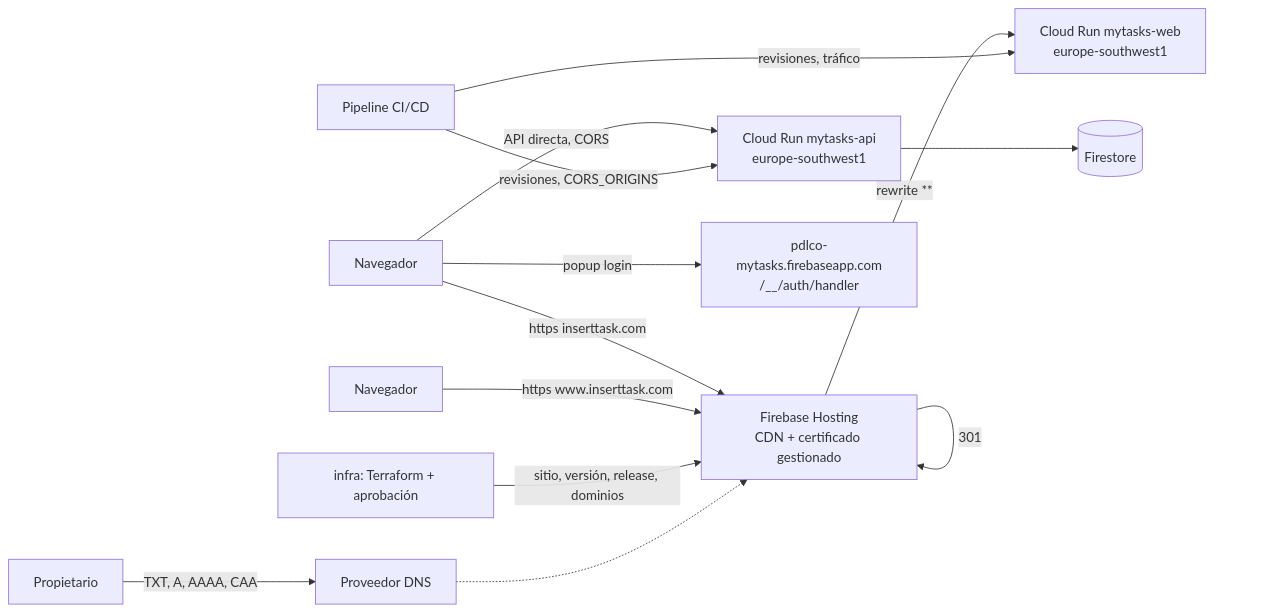
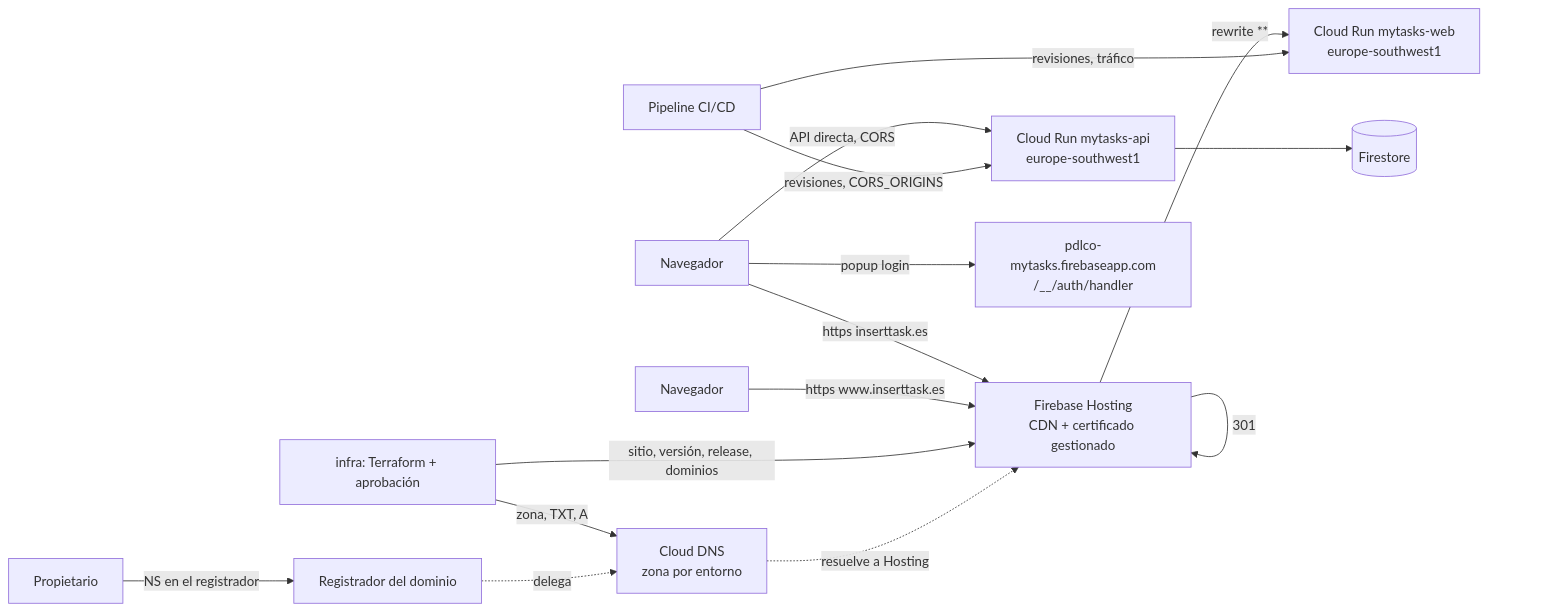
The diagram in specs/005-custom-domain/plan.md (pcodlcruz/my-tasks), drawn with Mermaid before and after one commit. The commit also changed other lines of this file and 9 other files, not shown here.

First line of the commit message:
docs(spec): move feature 005 to inserttask.es with Cloud DNS

````diff
--- a/specs/005-custom-domain/plan.md
+++ b/specs/005-custom-domain/plan.md
@@ -33,15 +37,17 @@
 ```mermaid
 flowchart LR
-    U[Navegador] -->|https inserttask.com| H[Firebase Hosting<br/>CDN + certificado gestionado]
-    U2[Navegador] -->|https www.inserttask.com| H
+    U[Navegador] -->|https inserttask.es| H[Firebase Hosting<br/>CDN + certificado gestionado]
+    U2[Navegador] -->|https www.inserttask.es| H
     H -->|301| H
     H -->|rewrite ** | W[Cloud Run mytasks-web<br/>europe-southwest1]
     U -->|API directa, CORS| A[Cloud Run mytasks-api<br/>europe-southwest1]
     U -->|popup login| F[pdlco-mytasks.firebaseapp.com<br/>/__/auth/handler]
     A --> D[(Firestore)]
     P[Pipeline CI/CD] -->|revisiones, tráfico| W
     P -->|revisiones, CORS_ORIGINS| A
     T[infra: Terraform + aprobación] -->|sitio, versión, release, dominios| H
-    O[Propietario] -->|TXT, A, AAAA, CAA| DNS[Proveedor DNS]
-    DNS -.-> H
+    T -->|zona, TXT, A| Z[Cloud DNS<br/>zona por entorno]
+    O[Propietario] -->|NS en el registrador| R[Registrador del dominio]
+    R -.->|delega| Z
+    Z -.->|resuelve a Hosting| H
 ```
````
